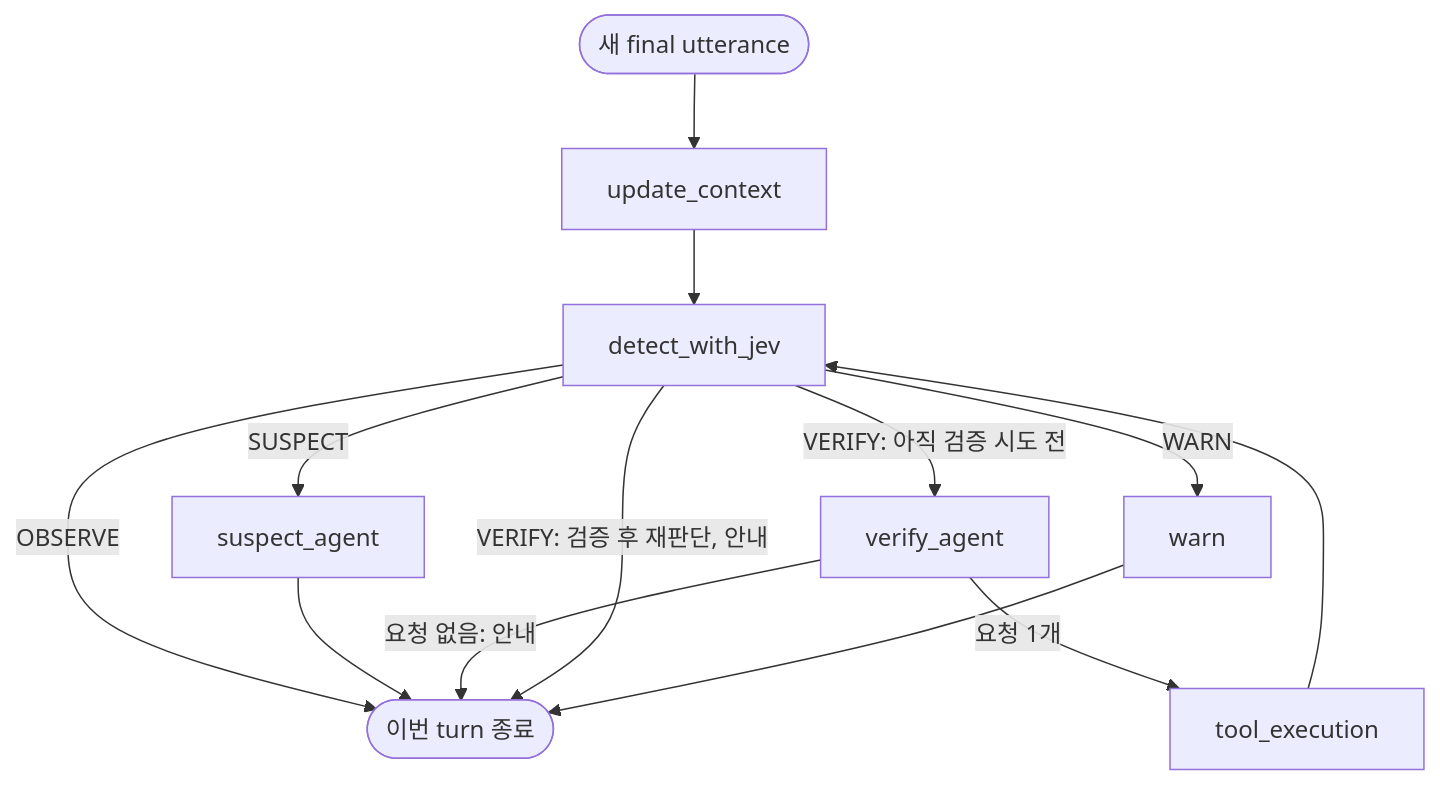
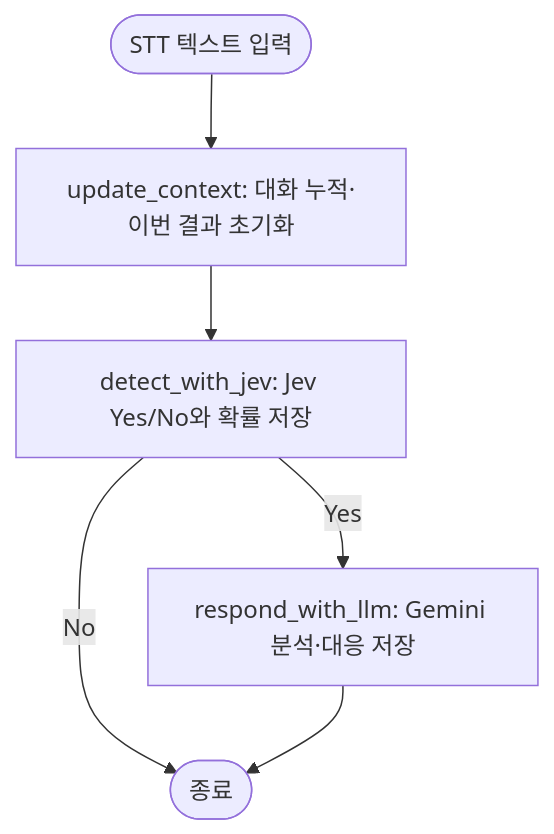
One commit to M4-Scamshield/scam-agent changed the diagram in docs/design/state-and-graph.md. Above: the diagram before and after it, drawn with Mermaid. The commit also changed other lines of this file and 36 other files, not shown here.

Commit message:
feat: Jev 탐지와 Gemini 분석을 연결하는 2AS 구현

````diff
--- a/docs/design/state-and-graph.md
+++ b/docs/design/state-and-graph.md
@@ -88,15 +11,8 @@
 ```mermaid
 flowchart TD
-    S([새 final utterance]) --> U[update_context]
-    U --> D[detect_with_jev]
-    D -->|OBSERVE| E([이번 turn 종료])
-    D -->|SUSPECT| A[suspect_agent]
-    A --> E
-    D -->|VERIFY: 아직 검증 시도 전| V[verify_agent]
-    V -->|요청 1개| T[tool_execution]
-    V -->|요청 없음: 안내| E
-    T --> D
-    D -->|VERIFY: 검증 후 재판단, 안내| E
-    D -->|WARN| W[warn]
-    W --> E
+    S([STT 텍스트 입력]) --> U[update_context: 대화 누적·이번 결과 초기화]
+    U --> J[detect_with_jev: Jev Yes/No와 확률 저장]
+    J -->|Yes| G[respond_with_llm: Gemini 분석·대응 저장]
+    J -->|No| E([종료])
+    G --> E
 ```
````
